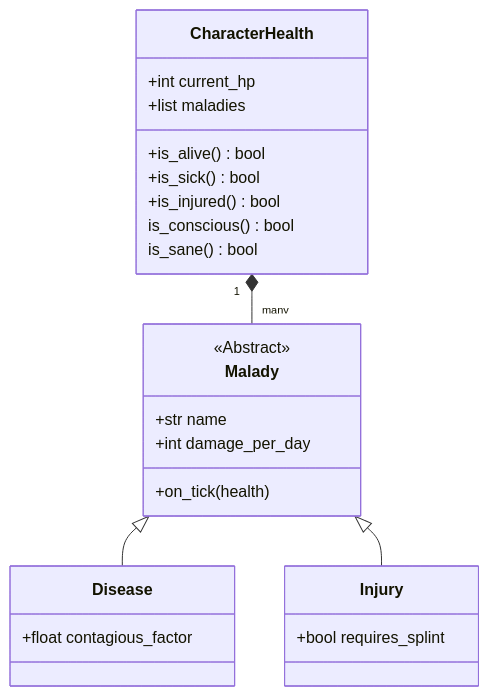
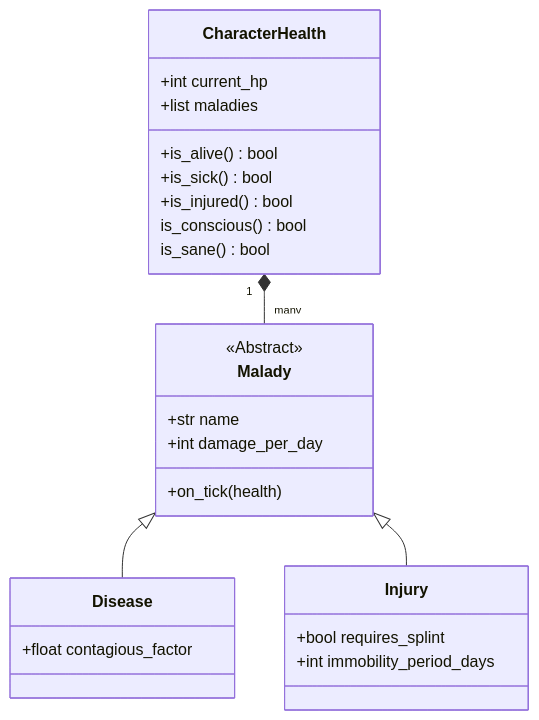
One commit to mnaatjes/oregon-trail-clone changed the fourth of 6 diagrams in docs/design/characters.md. Above: the diagram before and after it, drawn with Mermaid. The commit also changed 9 other files, not shown here.

````diff
--- a/docs/design/characters.md
+++ b/docs/design/characters.md
@@ -84,31 +84,32 @@
 ```mermaid
 classDiagram
     class CharacterHealth {
         +int current_hp
         +list maladies
         +is_alive() bool
         +is_sick() bool
         +is_injured() bool
         is_conscious() bool
         is_sane() bool
     }
 
     class Malady {
         <<Abstract>>
         +str name
         +int damage_per_day
         +on_tick(health)
     }
 
     class Disease {
         +float contagious_factor
     }
 
     class Injury {
         +bool requires_splint
+        +int immobility_period_days
     }
 
     CharacterHealth "1" *-- "many" Malady
     Malady <|-- Disease
     Malady <|-- Injury
 ```
````
